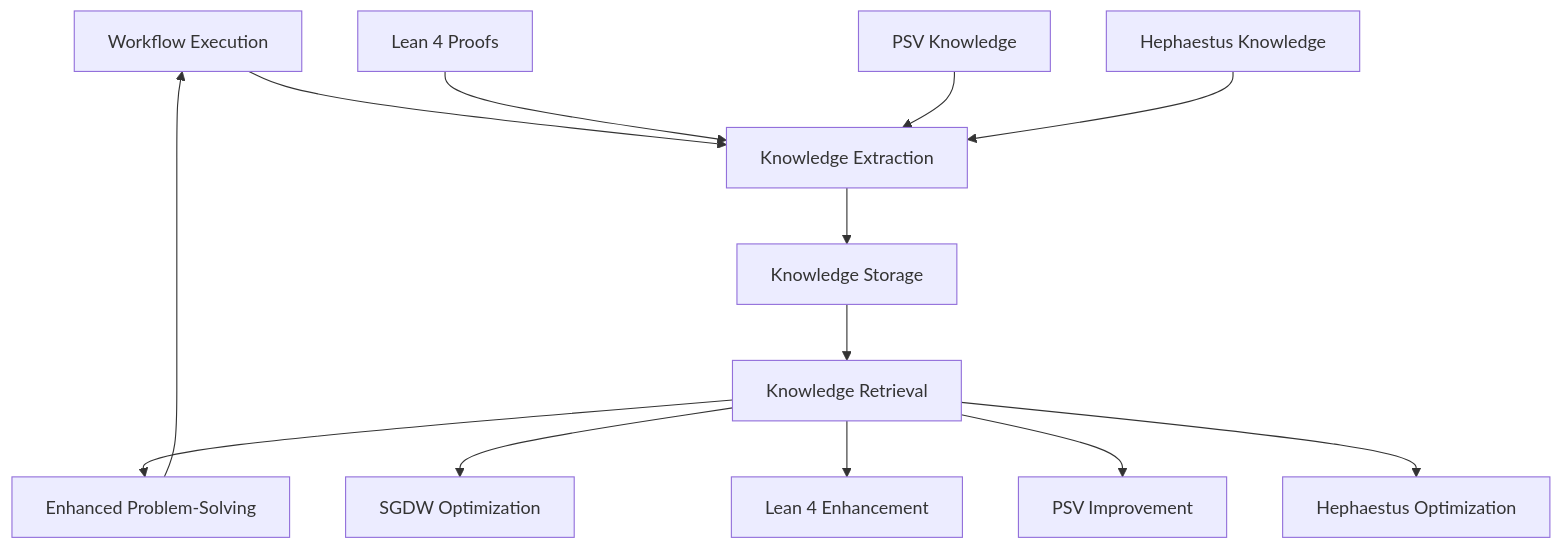
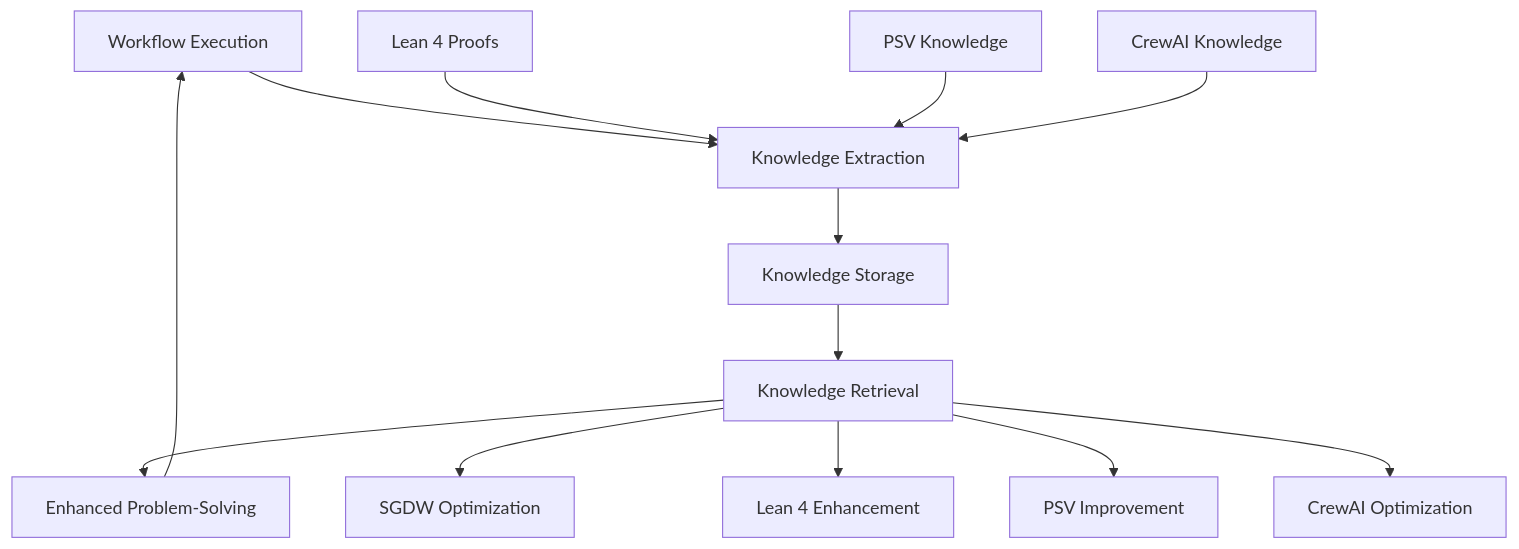
The third of 33 diagrams in docs/knowledge_engine/KNOWLEDGE_ENGINE_INTEGRATION_GUIDE.md (jazir555/OpenEvolveFrontend), drawn with Mermaid before and after one commit. The commit also changed other lines of this file and 631 other files, not shown here.

````diff
--- a/docs/knowledge_engine/KNOWLEDGE_ENGINE_INTEGRATION_GUIDE.md
+++ b/docs/knowledge_engine/KNOWLEDGE_ENGINE_INTEGRATION_GUIDE.md
@@ -111,17 +111,17 @@
 ```mermaid
 flowchart TD
     A[Workflow Execution] --> B[Knowledge Extraction]
     B --> C[Knowledge Storage]
     C --> D[Knowledge Retrieval]
     D --> E[Enhanced Problem-Solving]
     E --> A
     
     F[Lean 4 Proofs] --> B
     G[PSV Knowledge] --> B
-    H[Hephaestus Knowledge] --> B
+    H[CrewAI Knowledge] --> B
     
     D --> I[SGDW Optimization]
     D --> J[Lean 4 Enhancement]
     D --> K[PSV Improvement]
-    D --> L[Hephaestus Optimization]
+    D --> L[CrewAI Optimization]
 ```
````
